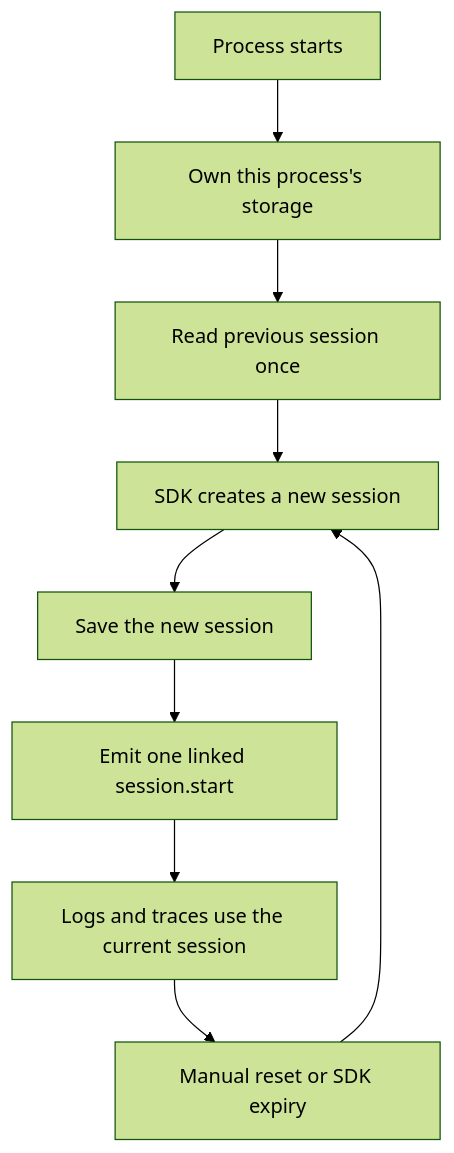
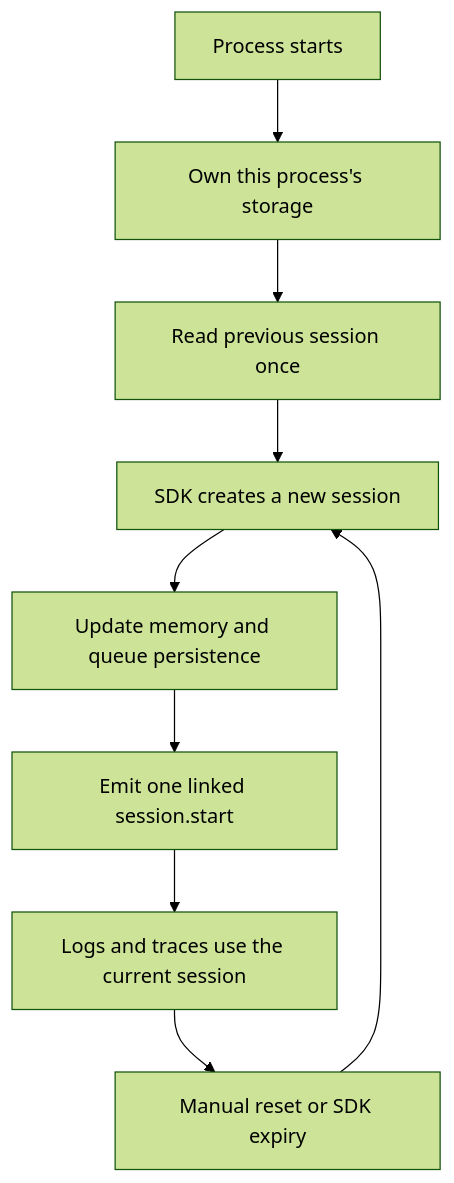
The diagram in session-integration/README.md (grafana/grafana-opentelemetry-android), drawn with Mermaid (forest theme) before and after one commit. The commit also changed other lines of this file and 12 other files, not shown here.

````diff
--- a/session-integration/README.md
+++ b/session-integration/README.md
@@ -25,11 +28,11 @@
 ```mermaid
 flowchart TD
     A[Process starts] --> B[Own this process's storage]
     B --> C[Read previous session once]
     C --> D[SDK creates a new session]
-    D --> E[Save the new session]
+    D --> E[Update memory and queue persistence]
     E --> F[Emit one linked session.start]
     F --> G[Logs and traces use the current session]
     G --> H[Manual reset or SDK expiry]
     H --> D
 ```
````
